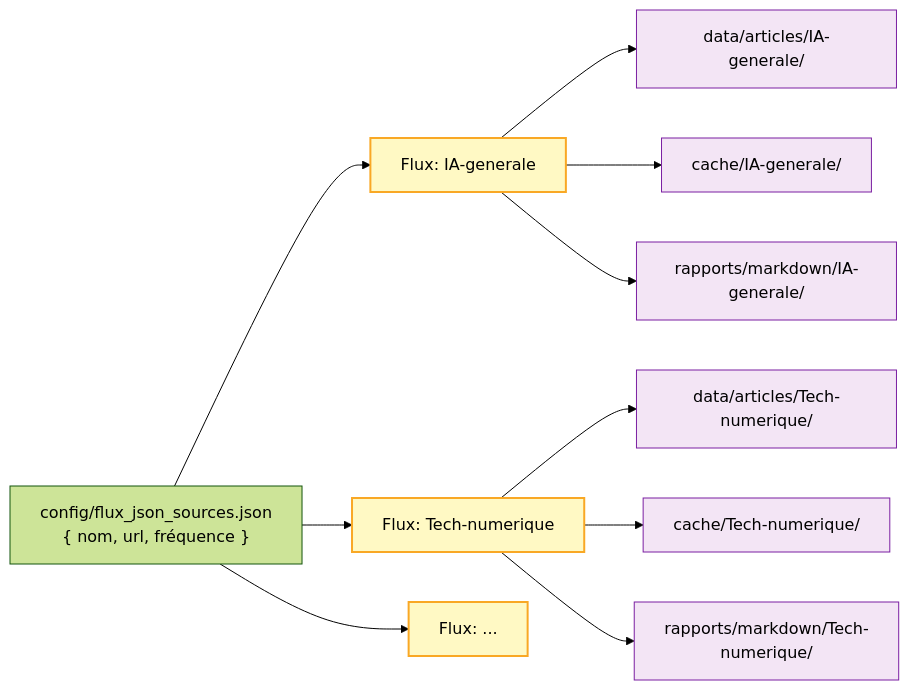
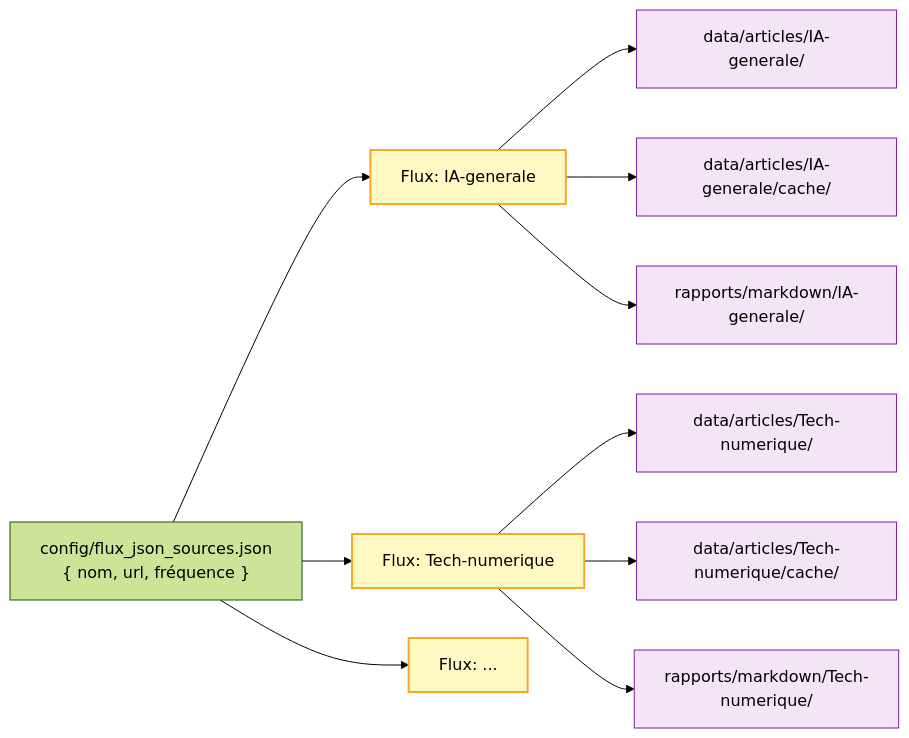
One commit to pat-the-geek/AnalyseActualites changed the second of 11 diagrams in docs/ARCHITECTURE.md. Above: the diagram before and after it, drawn with Mermaid (forest theme). The commit also changed other lines of this file, not shown here.

First line of the commit message:
docs: mise à jour ARCHITECTURE.md v4.0 (mars 2026)

````diff
--- a/docs/ARCHITECTURE.md
+++ b/docs/ARCHITECTURE.md
@@ -117,17 +153,17 @@
 ```mermaid
 flowchart LR
     CFG["config/flux_json_sources.json\n{ nom, url, fréquence }"]
     CFG --> S1["Flux: IA-generale"]
     CFG --> S2["Flux: Tech-numerique"]
     CFG --> SN["Flux: ..."]
     S1 --> D1["data/articles/IA-generale/"]
-    S1 --> C1["cache/IA-generale/"]
+    S1 --> C1["data/articles/IA-generale/cache/"]
     S1 --> R1["rapports/markdown/IA-generale/"]
     S2 --> D2["data/articles/Tech-numerique/"]
-    S2 --> C2["cache/Tech-numerique/"]
+    S2 --> C2["data/articles/Tech-numerique/cache/"]
     S2 --> R2["rapports/markdown/Tech-numerique/"]
     classDef flux fill:#fff9c4,stroke:#f9a825,stroke-width:2px
     classDef data fill:#f3e5f5,stroke:#7b1fa2,stroke-width:1px
     class S1,S2,SN flux
     class D1,D2,C1,C2,R1,R2 data
 ```
````
